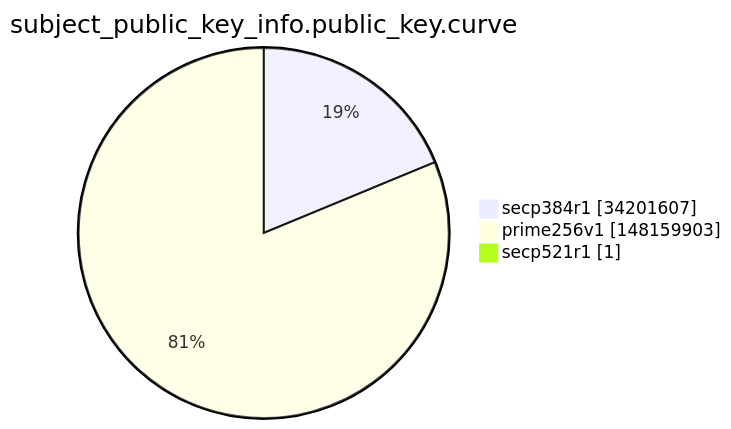
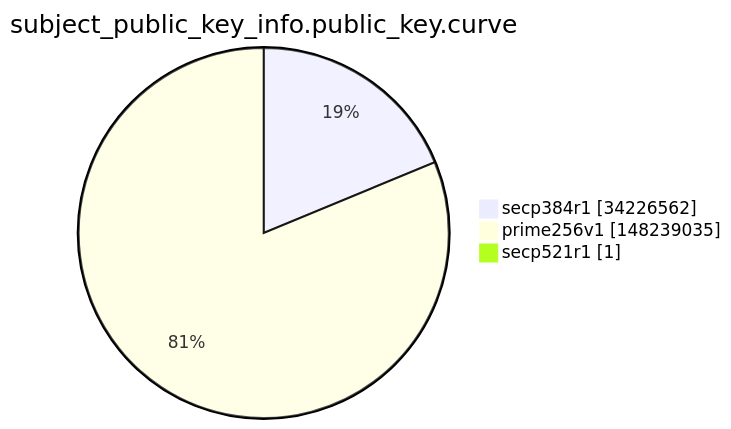
The ninth of 15 diagrams in argon2022/README.md (christiankrug/ctmonitor_visualization), drawn with Mermaid before and after one commit. The commit also changed other lines of this file, not shown here.

````diff
--- a/argon2022/README.md
+++ b/argon2022/README.md
@@ -2764,7 +2764,7 @@
 ```mermaid
 pie showData
 title subject_public_key_info.public_key.curve
-"secp384r1" :34201607
-"prime256v1" :148159903
+"secp384r1" :34226562
+"prime256v1" :148239035
 "secp521r1" :1
 ```
````
